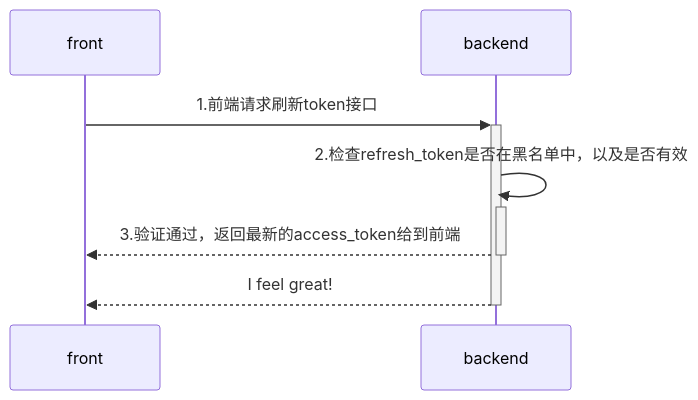
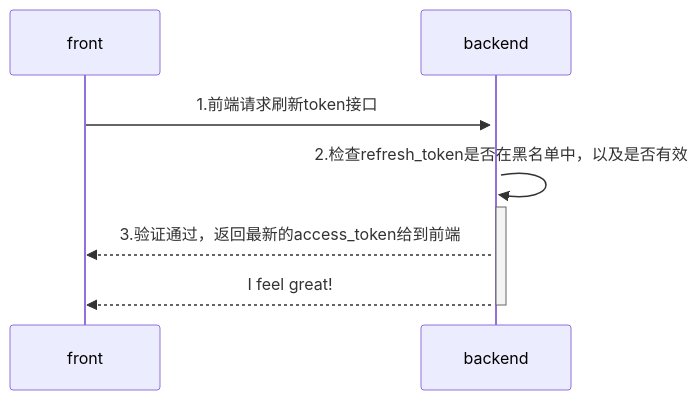
The diagram in all/未命名-4.md (yingjianzh/iodraw-files), drawn with Mermaid before and after one commit.

Commit message:
2024-08-02 17:48:50 update

````diff
--- a/all/未命名-4.md
+++ b/all/未命名-4.md
@@ -1,8 +1,8 @@
 ```mermaid
 sequenceDiagram
     front->>+backend: 1.前端请求刷新token接口
     backend->>+backend: 2.检查refresh_token是否在黑名单中，以及是否有效
-    backend-->>-front: 3.验证通过，返回最新的access_token给到前端
+    backend-->>front: 3.验证通过，返回最新的access_token给到前端
     backend-->>-front: I feel great!
             
 ```
````
